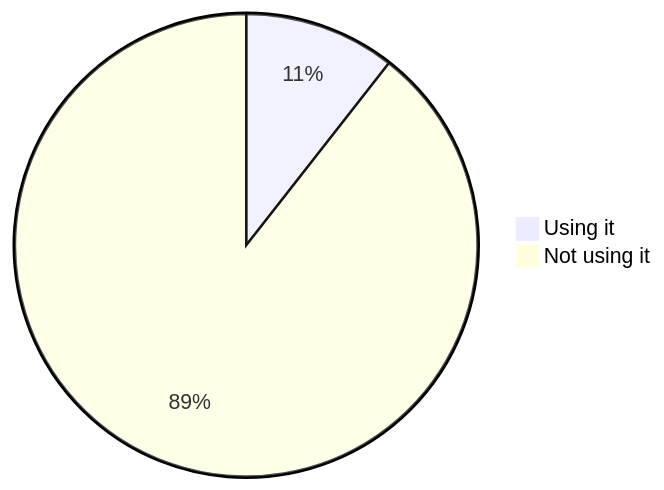
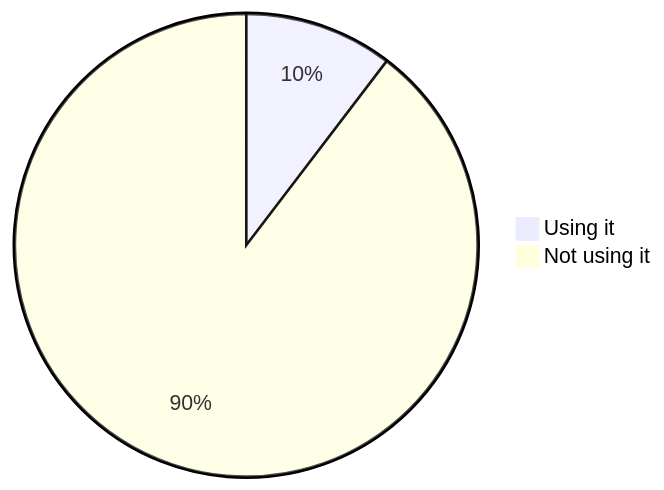
The fourth of 22 diagrams in stats.md (oshp/oshp-stats), drawn with Mermaid before and after one commit. The commit also changed other lines of this file, not shown here.

````diff
--- a/stats.md
+++ b/stats.md
@@ -46,6 +46,6 @@
 ```mermaid
 pie
-	"Using it" : 10.57
-	"Not using it" : 89.43
+	"Using it" : 10.37
+	"Not using it" : 89.63
 
 ```
````
